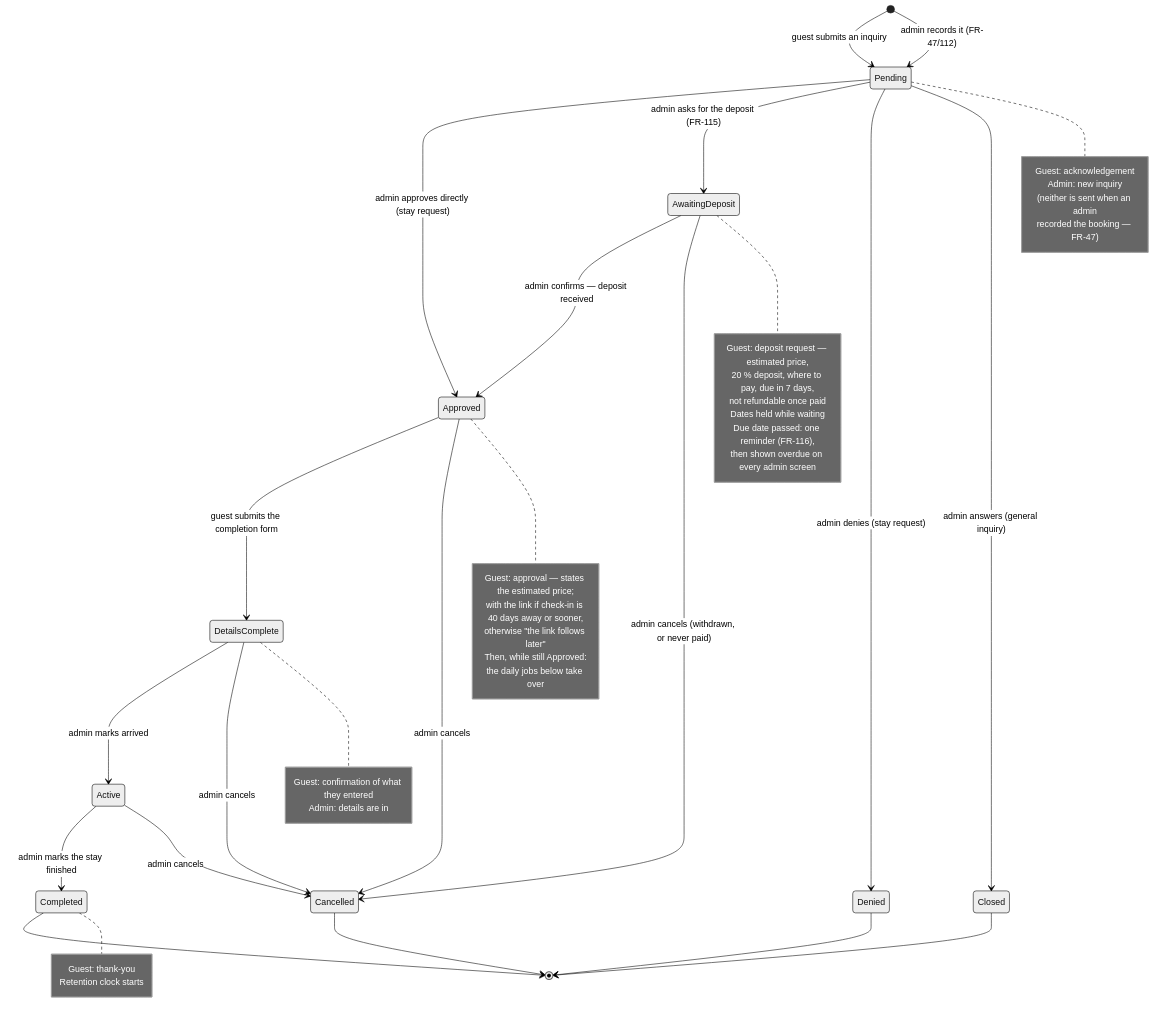
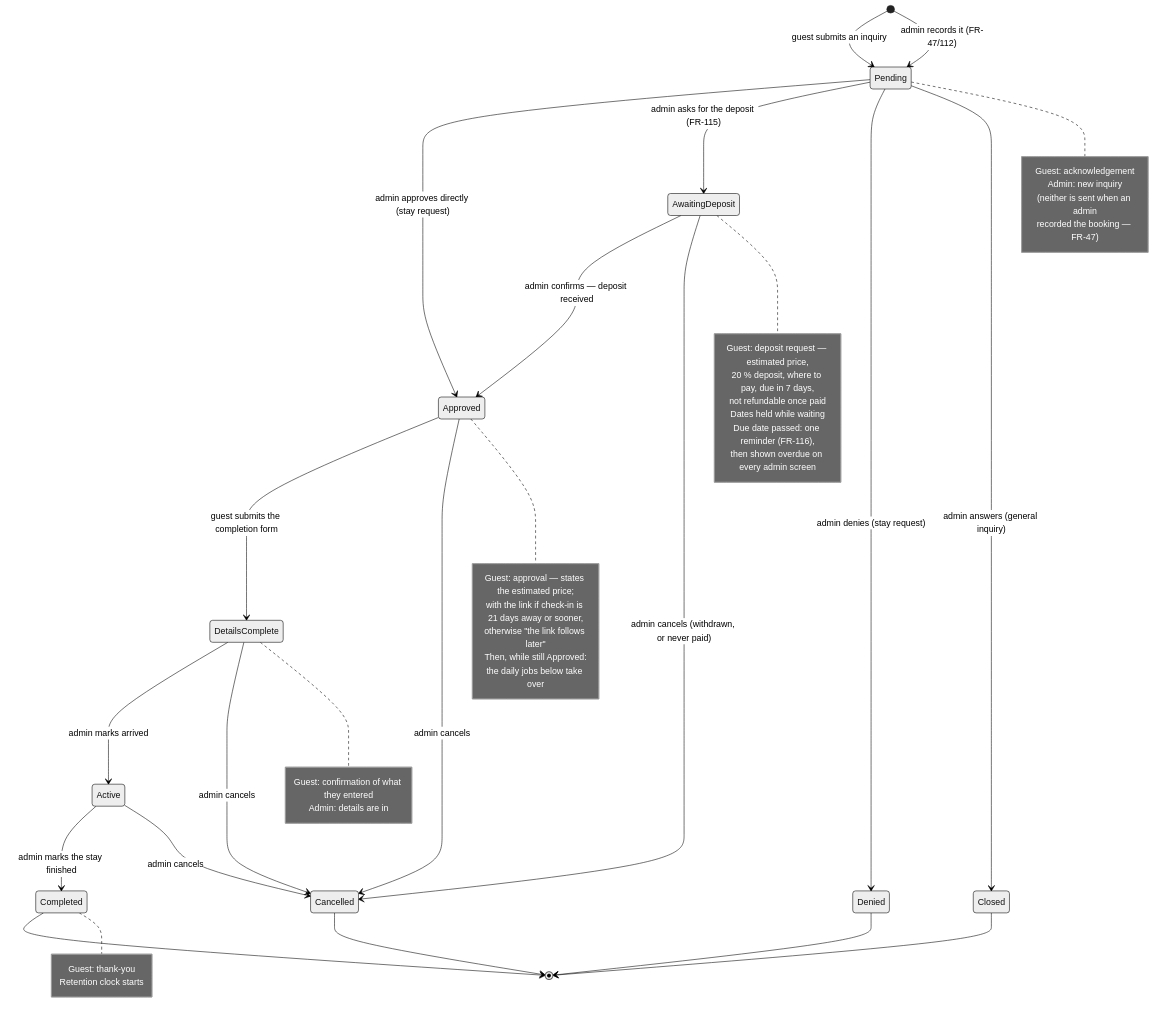
The first of 4 diagrams in docs/product/booking-lifecycle-timeline.md (eliya-amanoeel/akerogarden), drawn with Mermaid (neutral theme) before and after one commit. The commit also changed other lines of this file and 28 other files, not shown here.

````diff
--- a/docs/product/booking-lifecycle-timeline.md
+++ b/docs/product/booking-lifecycle-timeline.md
@@ -13,63 +13,63 @@
 ```mermaid
 stateDiagram-v2
     direction TB
 
     [*] --> Pending: guest submits an inquiry
     [*] --> Pending: admin records it (FR-47/112)
 
     Pending --> Approved: admin approves directly (stay request)
     Pending --> AwaitingDeposit: admin asks for the deposit (FR-115)
     Pending --> Denied: admin denies (stay request)
     Pending --> Closed: admin answers (general inquiry)
 
     AwaitingDeposit --> Approved: admin confirms — deposit received
     AwaitingDeposit --> Cancelled: admin cancels (withdrawn, or never paid)
 
     Approved --> DetailsComplete: guest submits the completion form
     Approved --> Cancelled: admin cancels
 
     DetailsComplete --> Active: admin marks arrived
     DetailsComplete --> Cancelled: admin cancels
 
     Active --> Completed: admin marks the stay finished
     Active --> Cancelled: admin cancels
 
     Denied --> [*]
     Closed --> [*]
     Cancelled --> [*]
     Completed --> [*]
 
     note right of Pending
         Guest: acknowledgement
         Admin: new inquiry
         (neither is sent when an admin
         recorded the booking — FR-47)
     end note
 
     note right of AwaitingDeposit
         Guest: deposit request — estimated price,
         20 % deposit, where to pay, due in 7 days,
         not refundable once paid
         Dates held while waiting
         Due date passed: one reminder (FR-116),
         then shown overdue on every admin screen
     end note
 
     note right of Approved
         Guest: approval — states the estimated price;
-        with the link if check-in is 40 days away or sooner,
+        with the link if check-in is 21 days away or sooner,
         otherwise "the link follows later"
         Then, while still Approved:
         the daily jobs below take over
     end note
 
     note right of DetailsComplete
         Guest: confirmation of what they entered
         Admin: details are in
     end note
 
     note right of Completed
         Guest: thank-you
         Retention clock starts
     end note
 ```
````
